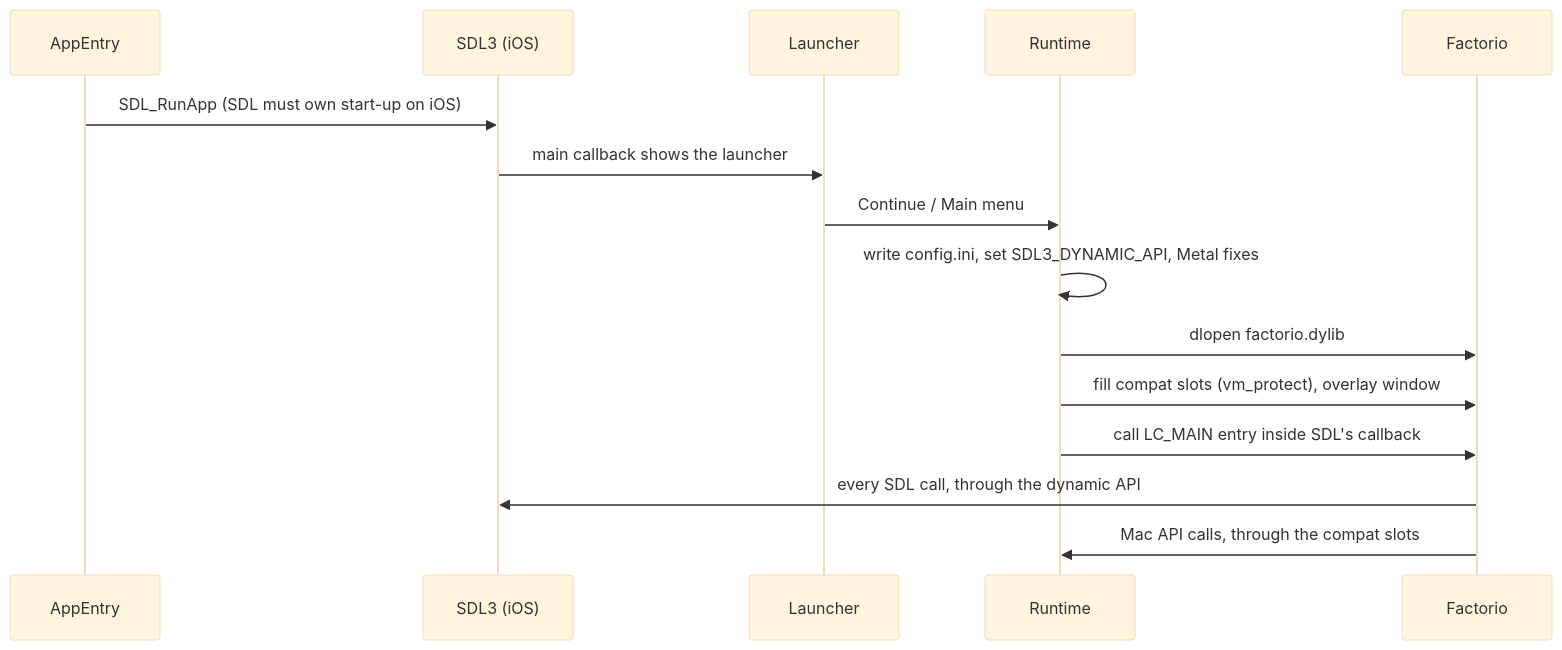
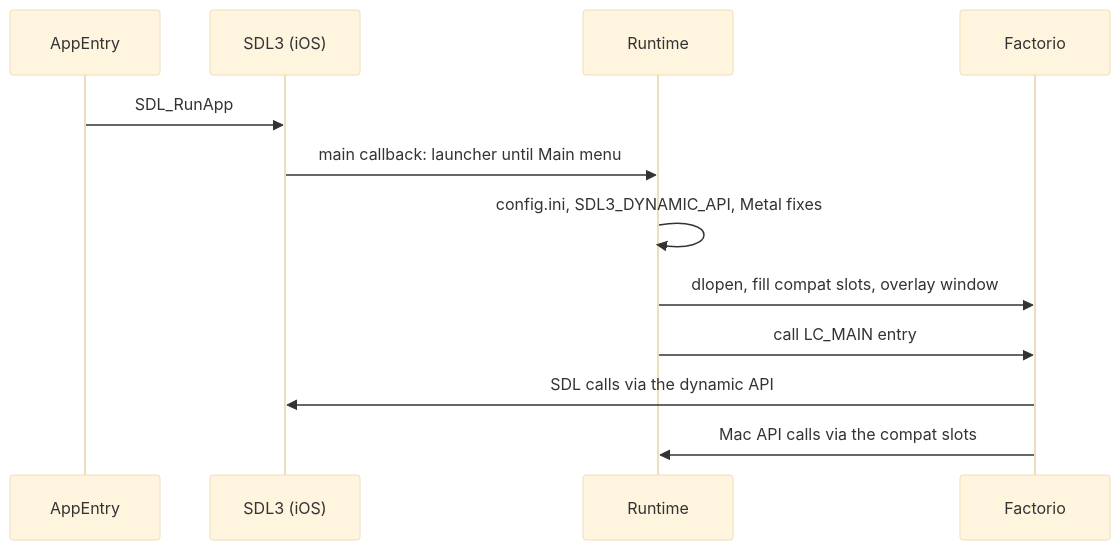
One commit to klesersurovyj-a11y/factorios changed the third of 3 diagrams in docs/architecture.md. Above: the diagram before and after it, drawn with Mermaid (base theme). The commit also changed other lines of this file and 5 other files, not shown here.

````diff
--- a/docs/architecture.md
+++ b/docs/architecture.md
@@ -55,17 +49,14 @@
 ```mermaid
 sequenceDiagram
     participant A as AppEntry
     participant S as SDL3 (iOS)
-    participant L as Launcher
     participant R as Runtime
     participant G as Factorio
-    A->>S: SDL_RunApp (SDL must own start-up on iOS)
-    S->>L: main callback shows the launcher
-    L->>R: Continue / Main menu
-    R->>R: write config.ini, set SDL3_DYNAMIC_API, Metal fixes
-    R->>G: dlopen factorio.dylib
-    R->>G: fill compat slots (vm_protect), overlay window
-    R->>G: call LC_MAIN entry inside SDL's callback
-    G->>S: every SDL call, through the dynamic API
-    G->>R: Mac API calls, through the compat slots
+    A->>S: SDL_RunApp
+    S->>R: main callback: launcher until Main menu
+    R->>R: config.ini, SDL3_DYNAMIC_API, Metal fixes
+    R->>G: dlopen, fill compat slots, overlay window
+    R->>G: call LC_MAIN entry
+    G->>S: SDL calls via the dynamic API
+    G->>R: Mac API calls via the compat slots
 ```
````
